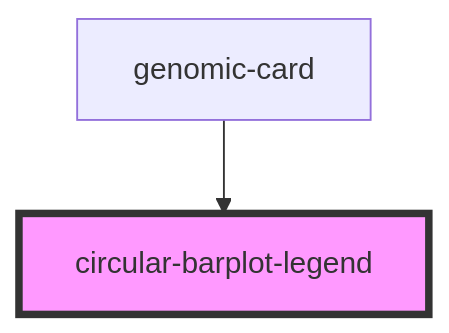
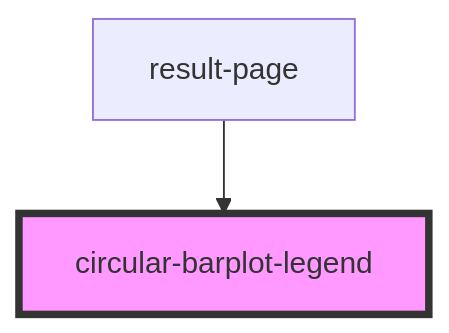
Before and after one commit to MMSB-MOBI/result_page_crispr: the diagram in src/components/circular-barplot-legend/readme.md, drawn with Mermaid. The commit also changed other lines of this file and 11 other files, not shown here.

````diff
--- a/src/components/circular-barplot-legend/readme.md
+++ b/src/components/circular-barplot-legend/readme.md
@@ -22,5 +22,5 @@
 ```mermaid
 graph TD;
-  genomic-card --> circular-barplot-legend
+  result-page --> circular-barplot-legend
   style circular-barplot-legend fill:#f9f,stroke:#333,stroke-width:4px
 ```
````
